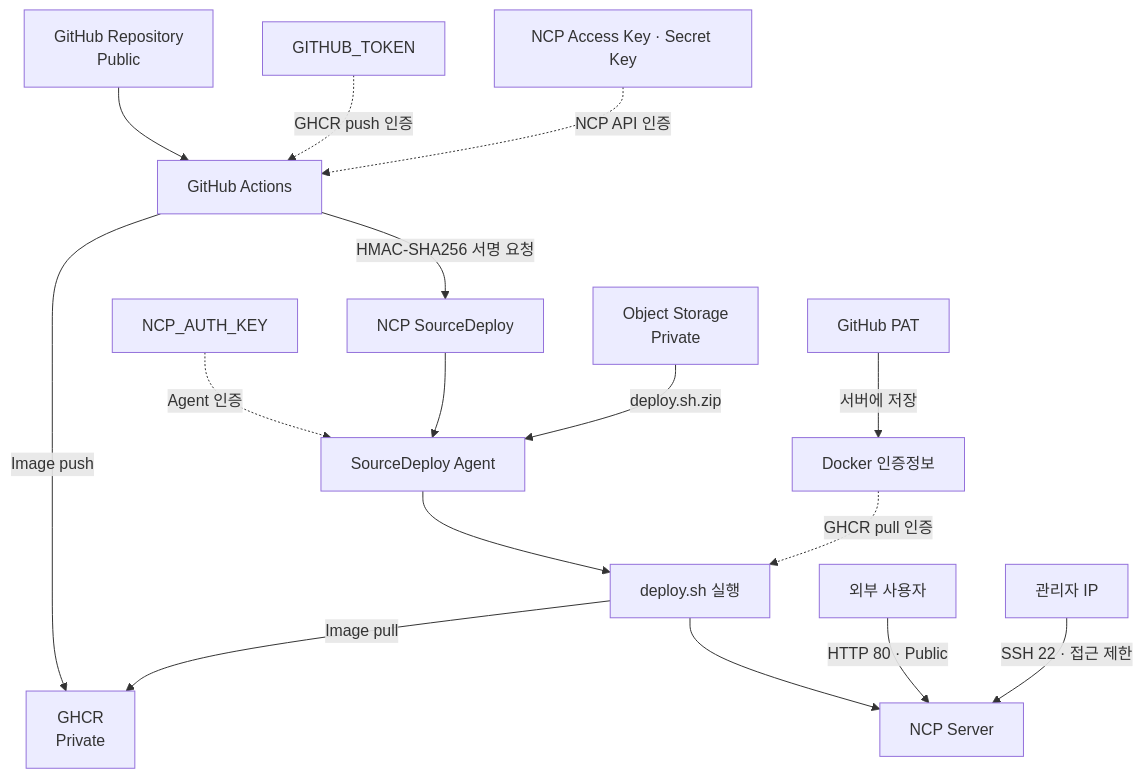
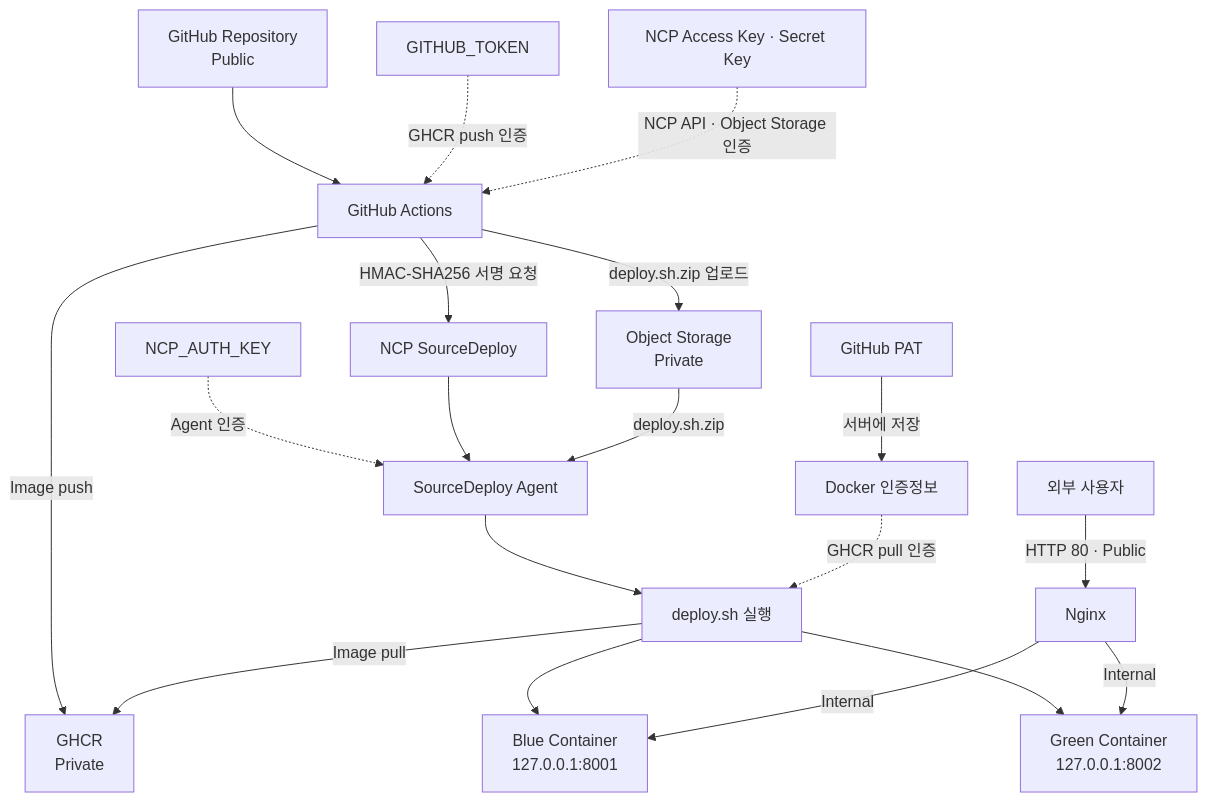
The second of 2 diagrams in README.md (yoondv/ncp-lab), drawn with Mermaid before and after one commit. The commit also changed other lines of this file and 5 other files, not shown here.

````diff
--- a/README.md
+++ b/README.md
@@ -146,23 +153,26 @@
 ```mermaid
 flowchart TB
     REPO["GitHub Repository<br/>Public"] --> ACTIONS[GitHub Actions]
 
     TOKEN["GITHUB_TOKEN"] -.->|GHCR push 인증| ACTIONS
-    SECRETS["NCP Access Key · Secret Key"] -.->|NCP API 인증| ACTIONS
+    SECRETS["NCP Access Key · Secret Key"] -.->|NCP API · Object Storage 인증| ACTIONS
 
     ACTIONS -->|Image push| GHCR["GHCR<br/>Private"]
+    ACTIONS -->|deploy.sh.zip 업로드| STORAGE["Object Storage<br/>Private"]
     ACTIONS -->|HMAC-SHA256 서명 요청| SD["NCP SourceDeploy"]
 
     AUTH["NCP_AUTH_KEY"] -.->|Agent 인증| AGENT[SourceDeploy Agent]
     SD --> AGENT
-    STORAGE["Object Storage<br/>Private"] -->|deploy.sh.zip| AGENT
+    STORAGE -->|deploy.sh.zip| AGENT
 
     AGENT --> SCRIPT[deploy.sh 실행]
     PAT["GitHub PAT"] -->|서버에 저장| DOCKER_AUTH["Docker 인증정보"]
     DOCKER_AUTH -.->|GHCR pull 인증| SCRIPT
     SCRIPT -->|Image pull| GHCR
-    SCRIPT --> SERVER[NCP Server]
+    SCRIPT --> BLUE["Blue Container<br/>127.0.0.1:8001"]
+    SCRIPT --> GREEN["Green Container<br/>127.0.0.1:8002"]
 
-    USER[외부 사용자] -->|HTTP 80 · Public| SERVER
-    ADMIN[관리자 IP] -->|SSH 22 · 접근 제한| SERVER
+    USER[외부 사용자] -->|HTTP 80 · Public| NGINX[Nginx]
+    NGINX -->|Internal| BLUE
+    NGINX -->|Internal| GREEN
 ```
````
